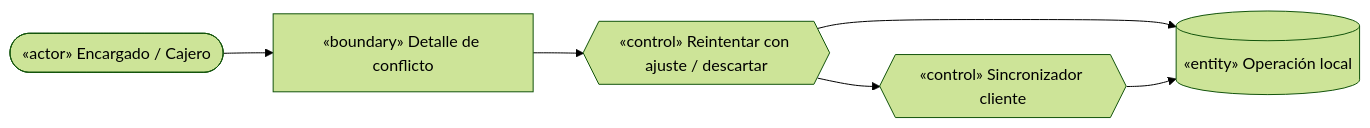
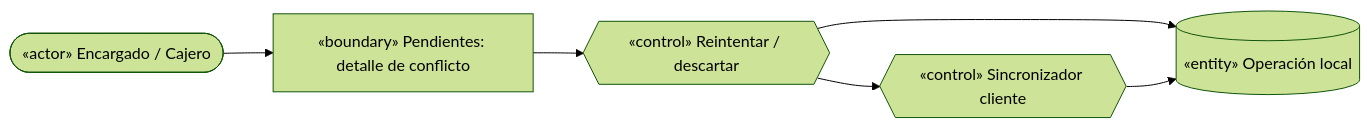
One commit to BrayanG123/parcial_actualizado changed the seventh of 26 diagrams in docs/ICONIX_Parcial2.md. Above: the diagram before and after it, drawn with Mermaid (forest theme). The commit also changed other lines of this file and 1 other file, not shown here.

````diff
--- a/docs/ICONIX_Parcial2.md
+++ b/docs/ICONIX_Parcial2.md
@@ -373,8 +425,8 @@
 ```mermaid
 flowchart LR
-  A(["«actor» Encargado / Cajero"]) --> B1["«boundary» Detalle de conflicto"]
-  B1 --> C1{{"«control» Reintentar con ajuste / descartar"}}
+  A(["«actor» Encargado / Cajero"]) --> B1["«boundary» Pendientes: detalle de conflicto"]
+  B1 --> C1{{"«control» Reintentar / descartar"}}
   C1 --> E1[("«entity» Operación local")]
   C1 --> C2{{"«control» Sincronizador cliente"}}
   C2 --> E1
 ```
````
